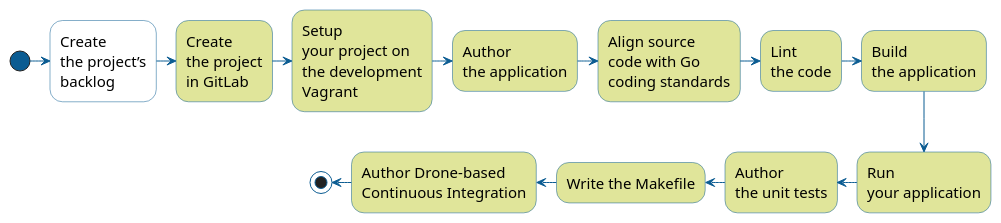
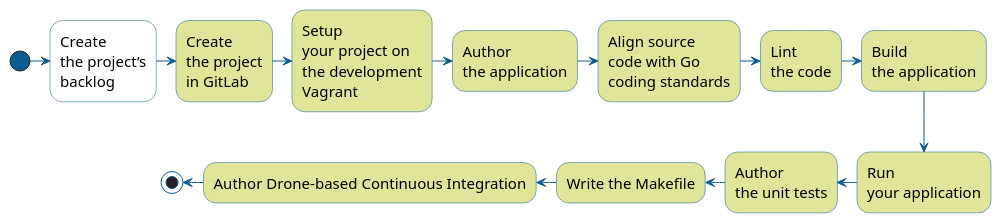
Before and after one commit to nemonik/hands-on-DevOps: the second of 31 diagrams in README.MD, drawn with PlantUML. The commit also changed other lines of this file, not shown here.

````diff
--- a/README.MD
+++ b/README.MD
@@ -1885,58 +1886,58 @@
 ```plantuml
 skinparam shadowing false
 
 skinparam title {
   FontName "Yanone Kaffeesatz"
   FontStyle "Thin"
   FontSize 30
 }
 
 skinparam activity {
   BorderColor #0B5C92
   BackgroundColor #e0e59a
   FontName "Yanone Kaffeesatz"
   FontStyle "Thin"
   FontSize 15
 }
 
 skinparam activityDiamond {
   BorderColor #0B5C92
   BackgroundColor #e0e59a
   FontName "Yanone Kaffeesatz"
   FontStyle "Thin"
   FontSize 15
 }
 
 skinparam activityStart {
   Color #0B5C92
 }
 
 skinparam activityEnd {
   Color #0B5C92
 }
 
 skinparam arrow {
   Color #0B5C92
 }
 
 skinparam note {
   BorderColor #0B5C92
   BackgroundColor #FEFECE
   FontName "Yanone Kaffeesatz"
   FontStyle "Thin"
   FontSize 15
 }
 
 (*) -right->“Create\nthe project’s\nbacklog” #FFFFFF
 -right->“Create\nthe project\nin GitLab”
 -right->“Setup\nyour project on\nthe development\nVagrant”
 -right->“Author\nthe application”
 -right->“Align source\ncode with Go\ncoding standards”
 -right->“Lint\nthe code”
 -right->“Build\nthe application”
 -down->“Run\nyour application”
 -left->“Author\nthe unit tests”
 -left->“Write the Makefile”
--left->“Author Drone-based\nContinuous Integration”
+-left->“Author Drone-based Continuous Integration”
 -left-> (*)
 ```
````
